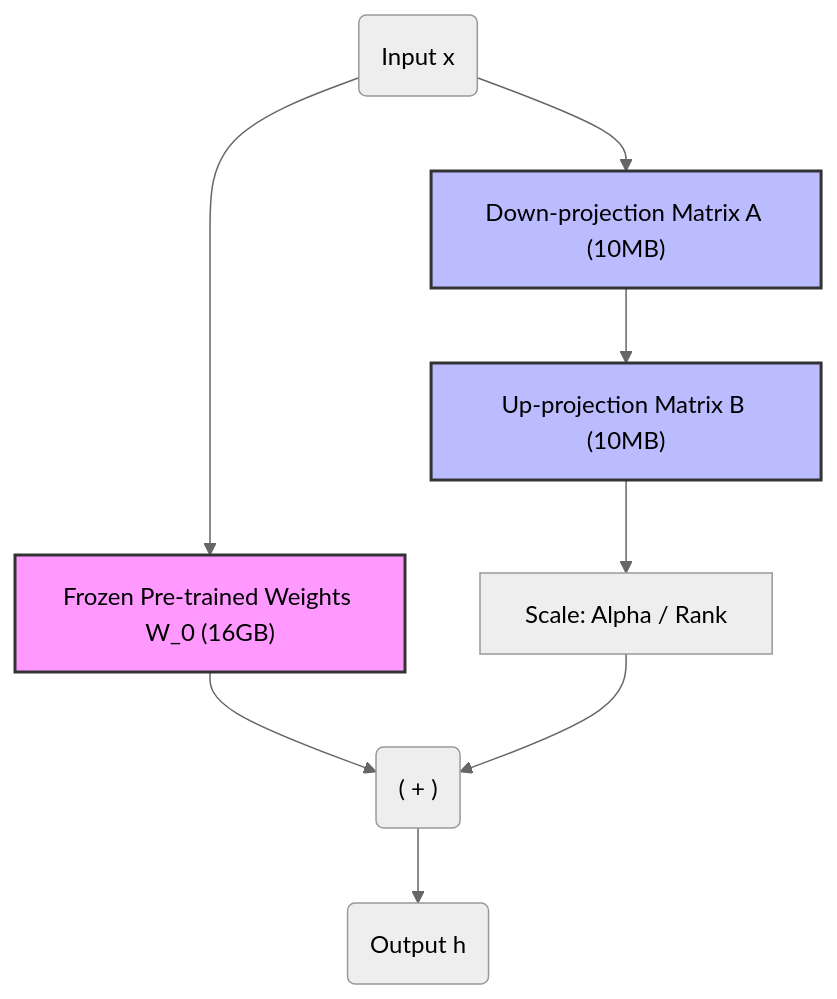
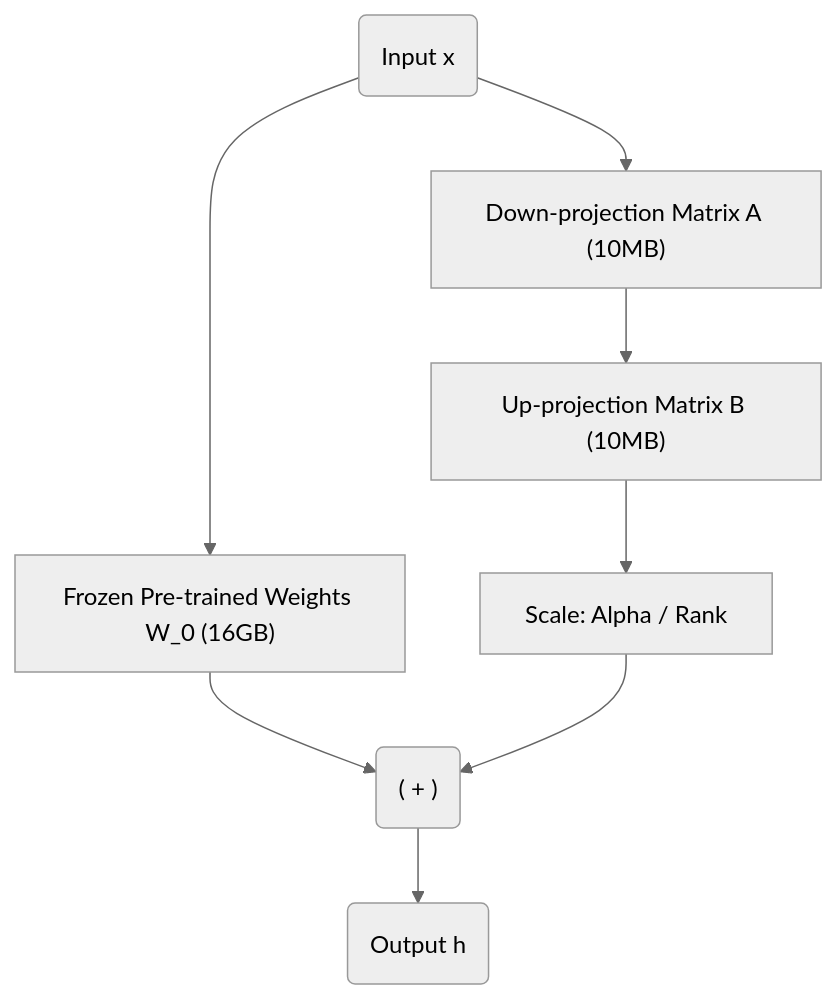
The diagram in src/content/docs/concepts/9-genai-machine-learning/lora.md (kythuatdulieu/kythuatdulieu.github.io), drawn with Mermaid (neutral theme) before and after one commit. The commit also changed 686 other files, not shown here.

````diff
--- a/src/content/docs/concepts/9-genai-machine-learning/lora.md
+++ b/src/content/docs/concepts/9-genai-machine-learning/lora.md
@@ -33,14 +33,13 @@
 ```mermaid
 graph TD
     X("Input x") --> W0["Frozen Pre-trained Weights W_0 (16GB)"]
     X --> A["Down-projection Matrix A (10MB)"]
     A --> B["Up-projection Matrix B (10MB)"]
     W0 --> Sum("( + )")
     B --> Scaling["Scale: Alpha / Rank"]
     Scaling --> Sum
     Sum --> H("Output h")
 
-    style W0 fill:#f9f,stroke:#333,stroke-width:2px
-    style A fill:#bbf,stroke:#333,stroke-width:2px
-    style B fill:#bbf,stroke:#333,stroke-width:2px
+
+
 ```
````
